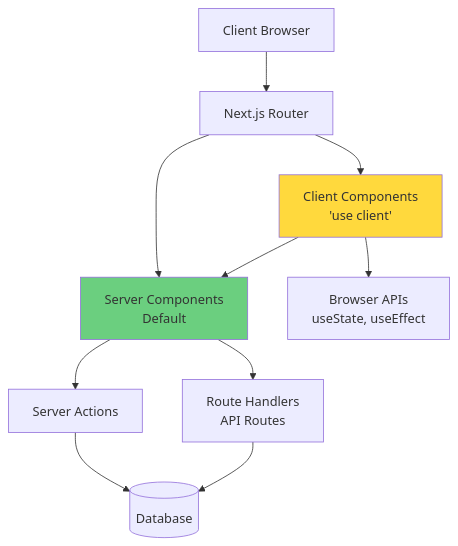
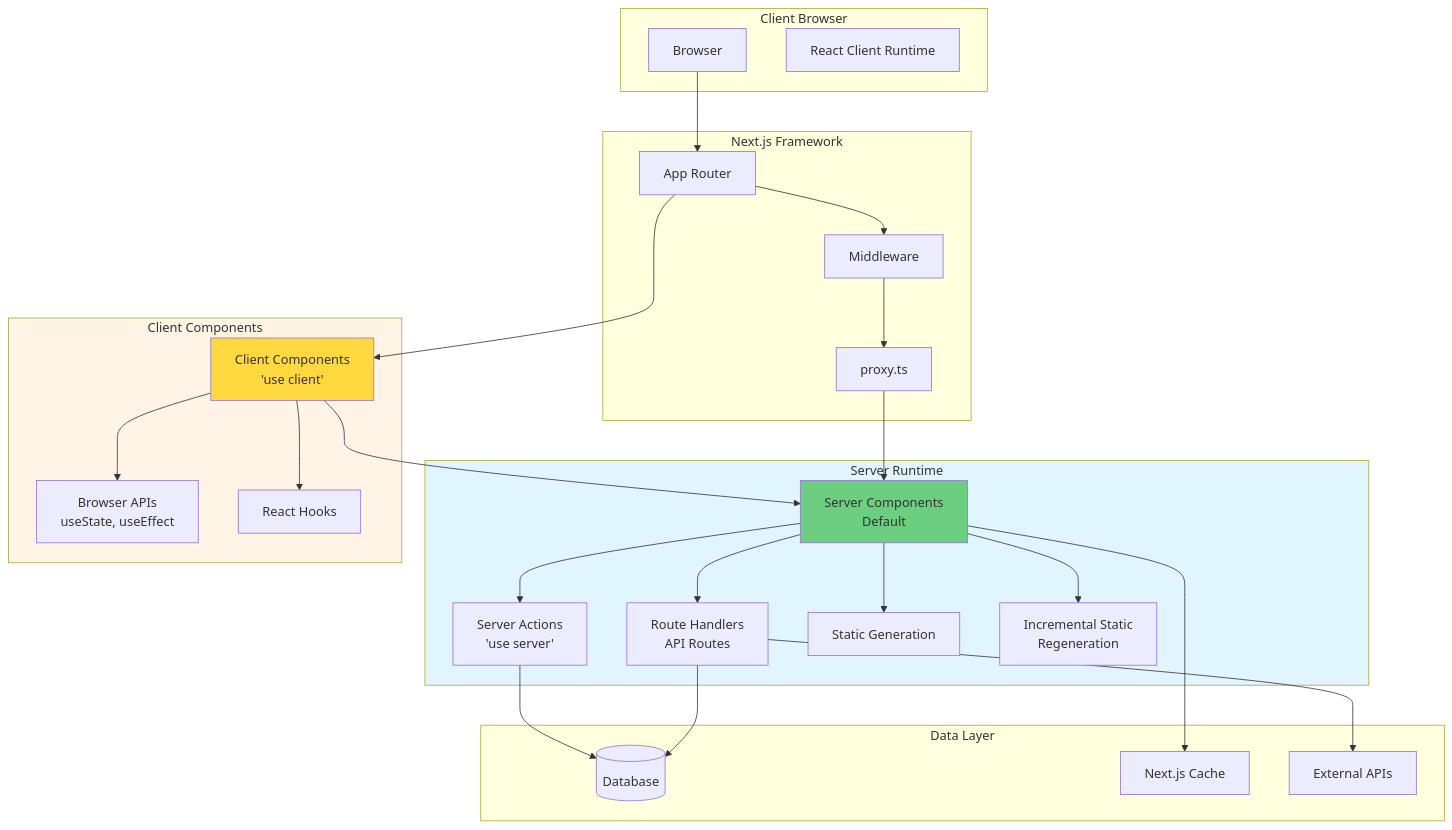
One commit to iouthnamain/tech-note changed the second of 14 diagrams in Developer-Guides/SENIOR_JS_TS_NEXTJS_DEVELOPER_GUIDE_COMPREHENSIVE.md. Above: the diagram before and after it, drawn with Mermaid. The commit also changed other lines of this file and 68 other files, not shown here.

````diff
--- a/Developer-Guides/SENIOR_JS_TS_NEXTJS_DEVELOPER_GUIDE_COMPREHENSIVE.md
+++ b/Developer-Guides/SENIOR_JS_TS_NEXTJS_DEVELOPER_GUIDE_COMPREHENSIVE.md
@@ -511,19 +511,58 @@
 ```mermaid
 graph TB
-    Client[Client Browser] --> Router[Next.js Router]
+    subgraph Client[Client Browser]
+        Browser[Browser]
+        React[React Client Runtime]
+    end
     
-    Router --> ServerComponent[Server Components<br/>Default]
-    Router --> ClientComponent[Client Components<br/>'use client']
+    subgraph NextJS[Next.js Framework]
+        Router[App Router]
+        Middleware[Middleware]
+        Proxy[proxy.ts]
+    end
     
-    ServerComponent --> ServerAction[Server Actions]
-    ServerComponent --> RouteHandler[Route Handlers<br/>API Routes]
+    subgraph Server[Server Runtime]
+        ServerComponent[Server Components<br/>Default]
+        ServerAction[Server Actions<br/>'use server']
+        RouteHandler[Route Handlers<br/>API Routes]
+        StaticGen[Static Generation]
+        ISR[Incremental Static<br/>Regeneration]
+    end
     
-    ClientComponent --> BrowserAPI[Browser APIs<br/>useState, useEffect]
+    subgraph ClientSide[Client Components]
+        ClientComponent[Client Components<br/>'use client']
+        BrowserAPI[Browser APIs<br/>useState, useEffect]
+        Hooks[React Hooks]
+    end
+    
+    subgraph Data[Data Layer]
+        Database[(Database)]
+        Cache[Next.js Cache]
+        ExternalAPI[External APIs]
+    end
+    
+    Browser --> Router
+    Router --> Middleware
+    Middleware --> Proxy
+    Proxy --> ServerComponent
+    Router --> ClientComponent
+    
+    ServerComponent --> ServerAction
+    ServerComponent --> RouteHandler
+    ServerComponent --> StaticGen
+    ServerComponent --> ISR
+    
+    ClientComponent --> BrowserAPI
+    ClientComponent --> Hooks
     ClientComponent --> ServerComponent
     
-    ServerAction --> Database[(Database)]
+    ServerAction --> Database
     RouteHandler --> Database
+    ServerComponent --> Cache
+    RouteHandler --> ExternalAPI
     
     style ServerComponent fill:#6bcf7f
     style ClientComponent fill:#ffd93d
+    style Server fill:#e1f5ff
+    style ClientSide fill:#fff4e6
 ```
````
